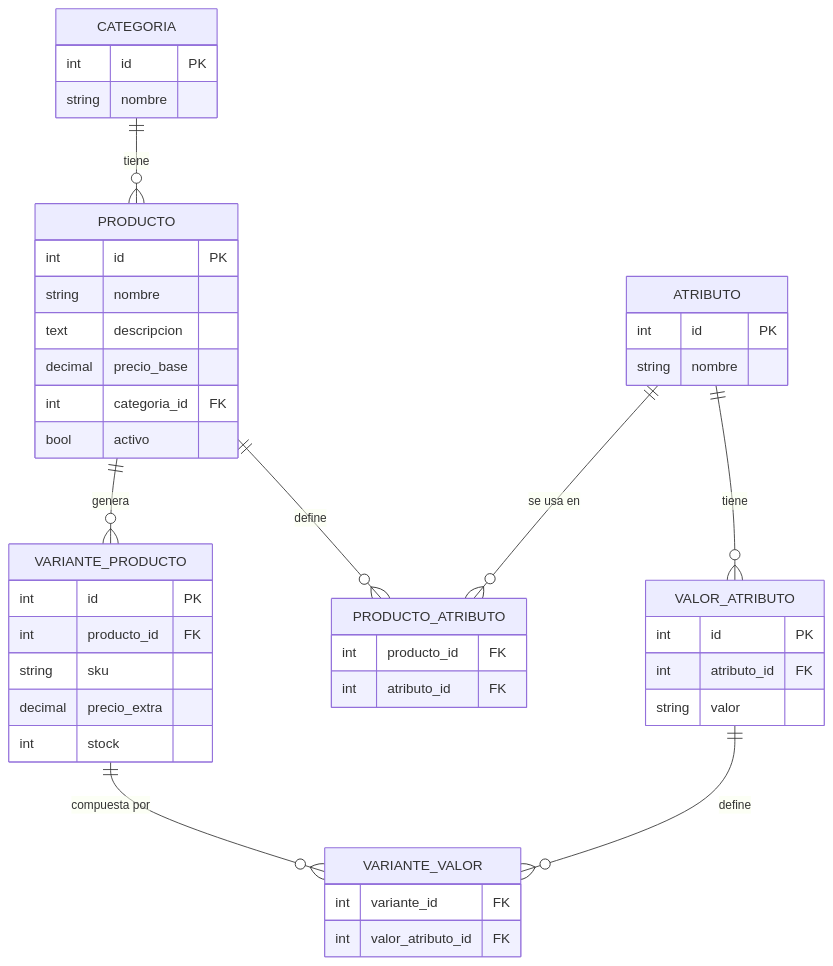
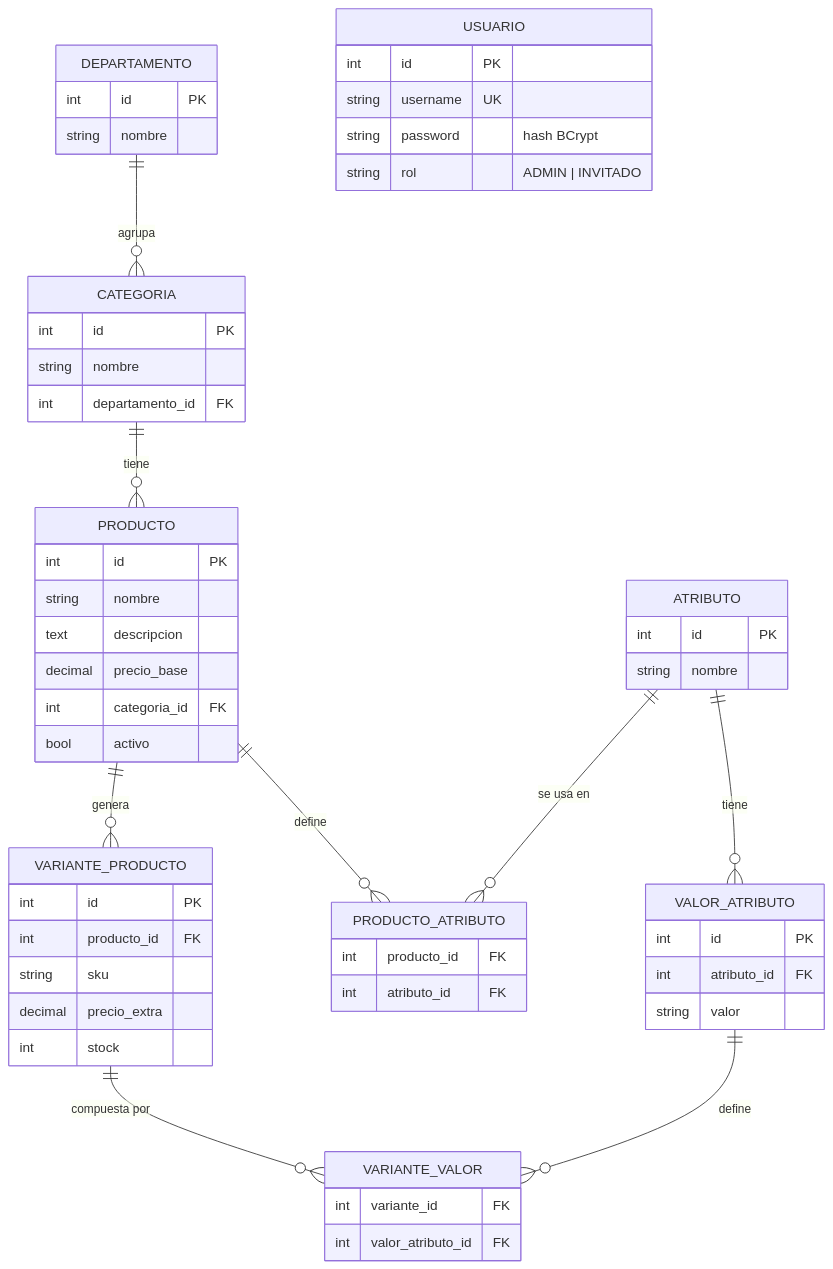
Before and after one commit to aus-paladins/taller4_gestion_productos: the diagram in diseño/DER_Gestor_Productos.mermaid, drawn with Mermaid. The commit also changed 9 other files, not shown here.

```diff
--- a/diseño/DER_Gestor_Productos.mermaid
+++ b/diseño/DER_Gestor_Productos.mermaid
@@ -1,51 +1,65 @@
 erDiagram
+  DEPARTAMENTO {
+    int id PK
+    string nombre
+  }
+
   CATEGORIA {
     int id PK
     string nombre
+    int departamento_id FK
   }
 
   PRODUCTO {
     int id PK
     string nombre
     text descripcion
     decimal precio_base
     int categoria_id FK
     bool activo
   }
 
   ATRIBUTO {
     int id PK
     string nombre
   }
 
   VALOR_ATRIBUTO {
     int id PK
     int atributo_id FK
     string valor
   }
 
   PRODUCTO_ATRIBUTO {
     int producto_id FK
     int atributo_id FK
   }
 
   VARIANTE_PRODUCTO {
     int id PK
     int producto_id FK
     string sku
     decimal precio_extra
     int stock
   }
 
   VARIANTE_VALOR {
     int variante_id FK
     int valor_atributo_id FK
   }
 
+  USUARIO {
+    int id PK
+    string username UK
+    string password "hash BCrypt"
+    string rol "ADMIN | INVITADO"
+  }
+
+  DEPARTAMENTO ||--o{ CATEGORIA : "agrupa"
   CATEGORIA ||--o{ PRODUCTO : "tiene"
   PRODUCTO ||--o{ PRODUCTO_ATRIBUTO : "define"
   ATRIBUTO ||--o{ PRODUCTO_ATRIBUTO : "se usa en"
   ATRIBUTO ||--o{ VALOR_ATRIBUTO : "tiene"
   PRODUCTO ||--o{ VARIANTE_PRODUCTO : "genera"
   VARIANTE_PRODUCTO ||--o{ VARIANTE_VALOR : "compuesta por"
   VALOR_ATRIBUTO ||--o{ VARIANTE_VALOR : "define"
```
